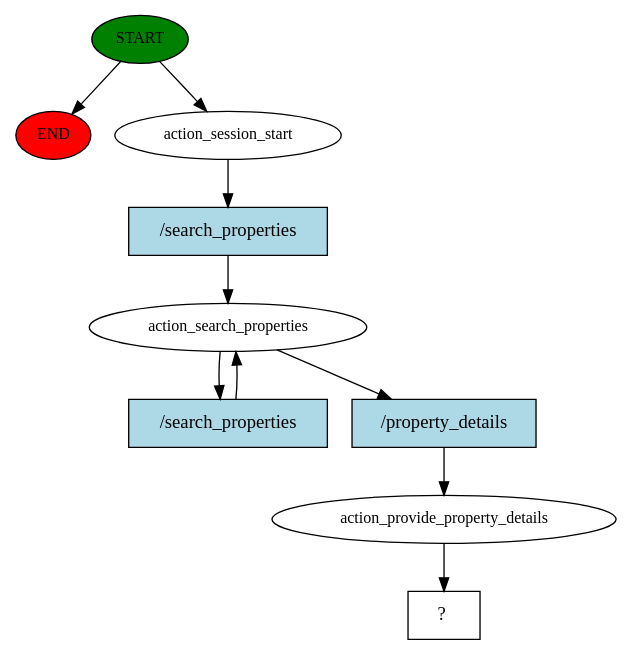
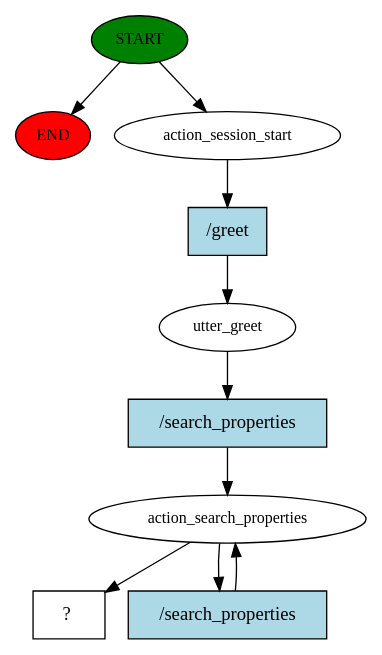
Before and after one commit to sunil-thapa99/NLP-assignment-2: the diagram in story_graph.dot, drawn with Graphviz. The commit also changed 28 other files, not shown here.

```diff
--- a/story_graph.dot
+++ b/story_graph.dot
@@ -1,20 +1,20 @@
 digraph  {
 0 [class="start active", fillcolor=green, fontsize=12, label=START, style=filled];
 "-1" [class=end, fillcolor=red, fontsize=12, label=END, style=filled];
 1 [class=active, fontsize=12, label=action_session_start];
-2 [class=active, fontsize=12, label=action_search_properties];
-5 [class=active, fontsize=12, label=action_provide_property_details];
-6 [class="intent dashed active", label="  ?  ", shape=rect];
+2 [class=active, fontsize=12, label=utter_greet];
+3 [class=active, fontsize=12, label=action_search_properties];
+5 [class="intent dashed active", label="  ?  ", shape=rect];
+6 [class="intent active", fillcolor=lightblue, label="/greet", shape=rect, style=filled];
 7 [class="intent active", fillcolor=lightblue, label="/search_properties", shape=rect, style=filled];
 8 [class="intent active", fillcolor=lightblue, label="/search_properties", shape=rect, style=filled];
-9 [class="intent active", fillcolor=lightblue, label="/property_details", shape=rect, style=filled];
 0 -> "-1"  [class="", key=NONE, label=""];
 0 -> 1  [class=active, key=NONE, label=""];
-1 -> 7  [class=active, key=0];
-2 -> 8  [class=active, key=0];
-2 -> 9  [class=active, key=0];
-5 -> 6  [class=active, key=NONE, label=""];
-7 -> 2  [class=active, key=0];
-8 -> 2  [class=active, key=0];
-9 -> 5  [class=active, key=0];
+1 -> 6  [class=active, key=0];
+2 -> 7  [class=active, key=0];
+3 -> 5  [class=active, key=NONE, label=""];
+3 -> 8  [class=active, key=0];
+6 -> 2  [class=active, key=0];
+7 -> 3  [class=active, key=0];
+8 -> 3  [class=active, key=0];
 }
```
